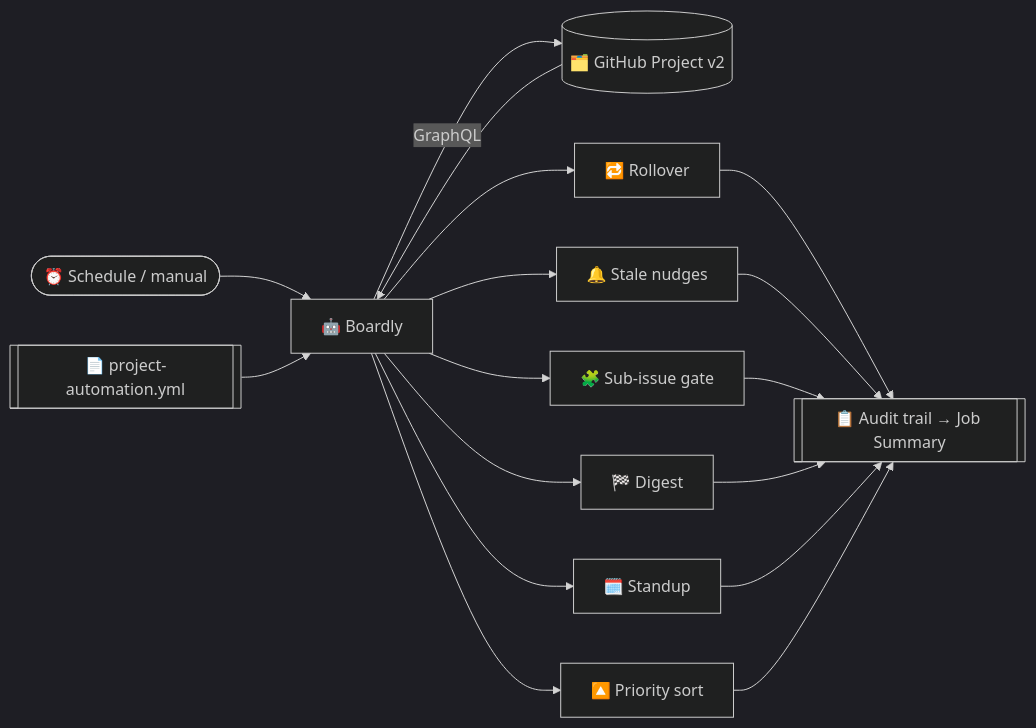
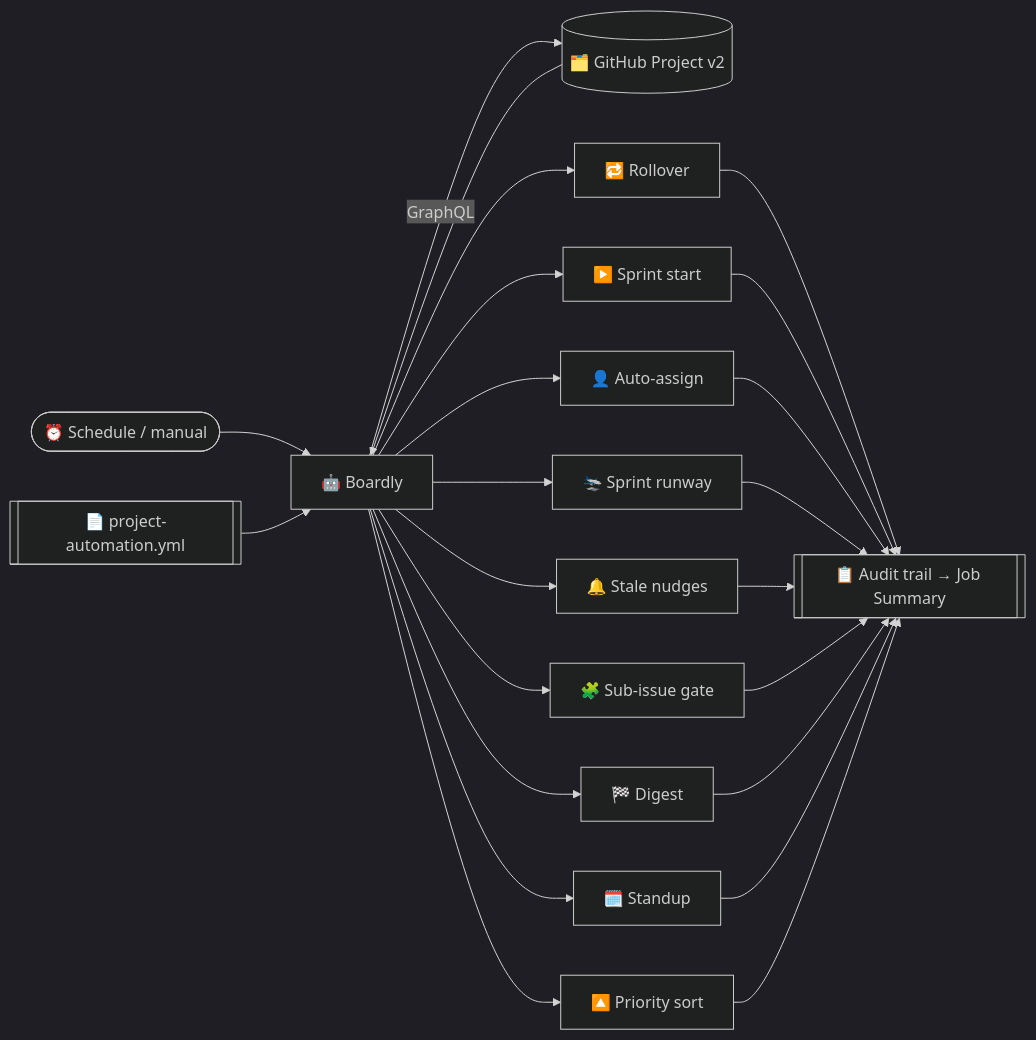
Before and after one commit to cdrrazan/Boardly: the first of 2 diagrams in README.md, drawn with Mermaid (dark theme). The commit also changed other lines of this file, not shown here.

Commit message:
docs(readme): correct test badge and show all features in the flow
The badge advertised 48 tests against an actual 62, and the "what it
does" diagram stopped at the six original features — sprint start,
auto-assign, and runway warnings were invisible to anyone skimming.

````diff
--- a/README.md
+++ b/README.md
@@ -35,14 +35,17 @@
 ```mermaid
 flowchart LR
     cron([⏰ Schedule / manual]) --> action[🤖 Boardly]
     cfg[[📄 project-automation.yml]] --> action
     action -->|GraphQL| gh[(🗂️ GitHub Project v2)]
     gh --> action
     action --> f1[🔁 Rollover]
-    action --> f2[🔔 Stale nudges]
-    action --> f3[🧩 Sub-issue gate]
-    action --> f4[🏁 Digest]
-    action --> f5[🗓️ Standup]
-    action --> f6[🔼 Priority sort]
-    f1 & f2 & f3 & f4 & f5 & f6 --> audit[[📋 Audit trail → Job Summary]]
+    action --> f2[▶️ Sprint start]
+    action --> f3[👤 Auto-assign]
+    action --> f4[🛬 Sprint runway]
+    action --> f5[🔔 Stale nudges]
+    action --> f6[🧩 Sub-issue gate]
+    action --> f7[🏁 Digest]
+    action --> f8[🗓️ Standup]
+    action --> f9[🔼 Priority sort]
+    f1 & f2 & f3 & f4 & f5 & f6 & f7 & f8 & f9 --> audit[[📋 Audit trail → Job Summary]]
 ```
````
